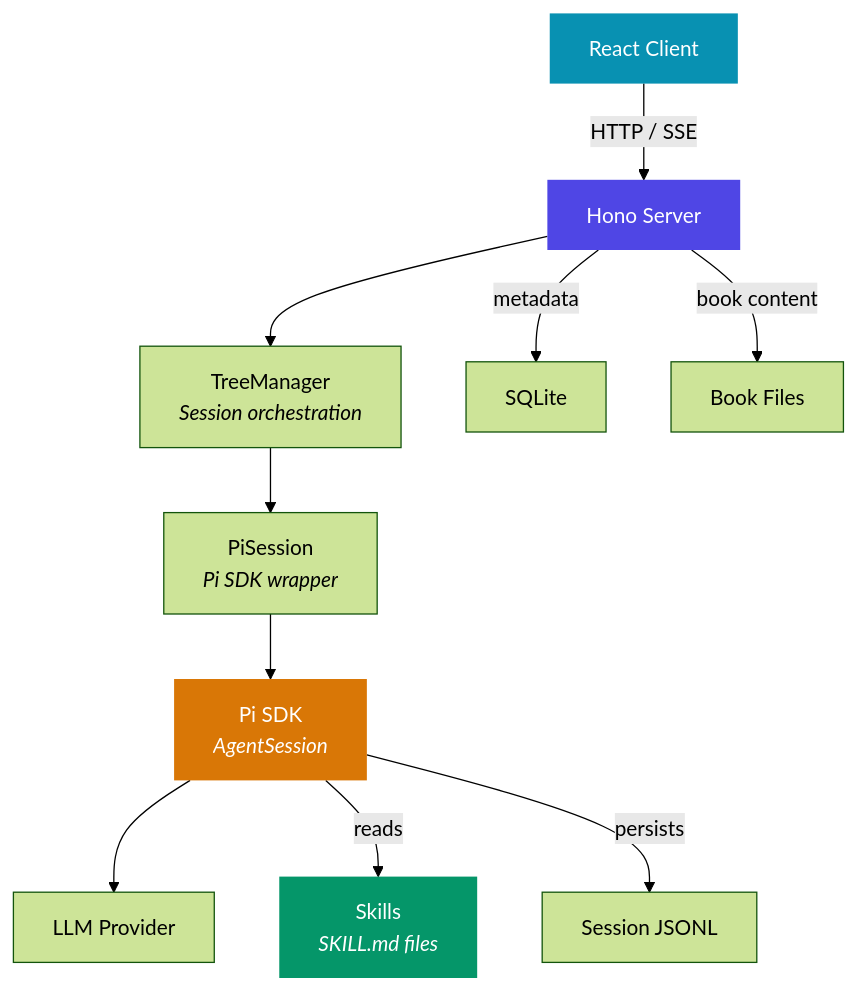
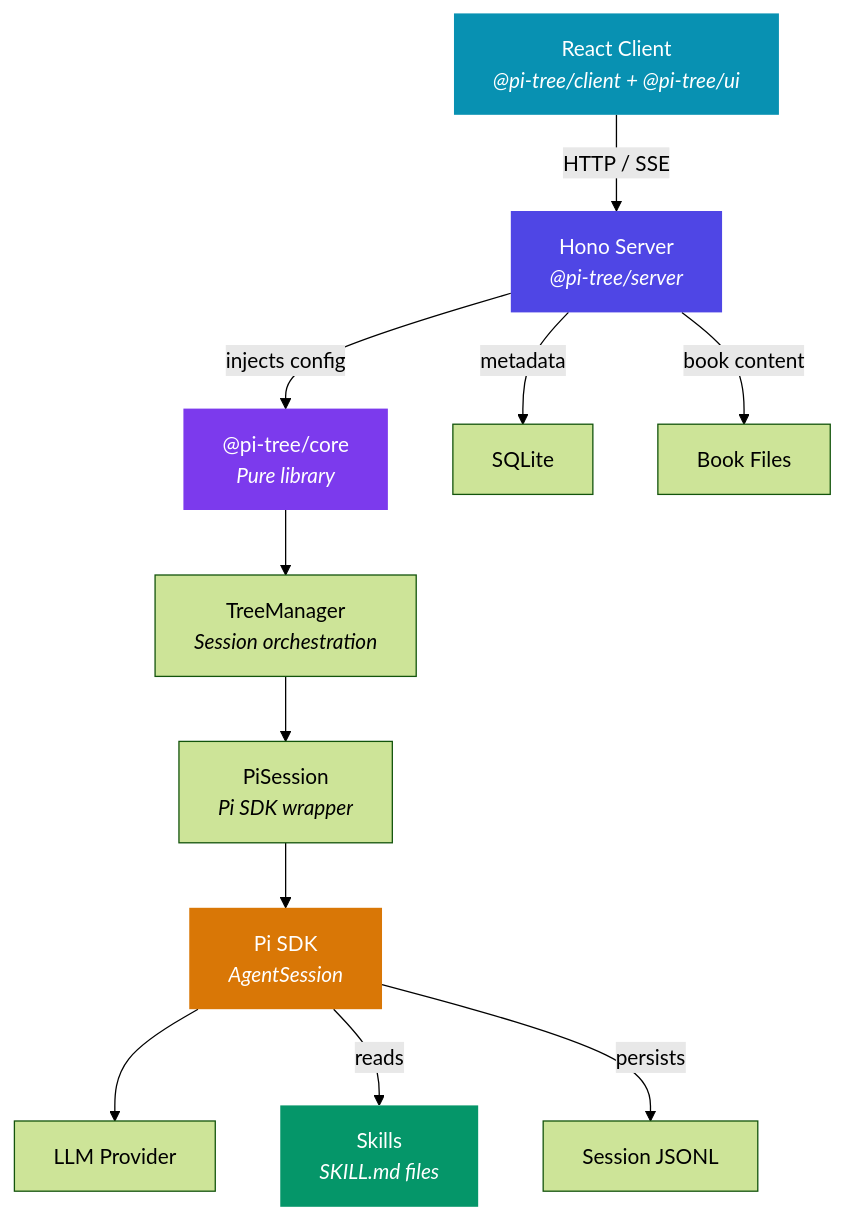
One commit to shuowu/pi-tree changed the first of 2 diagrams in docs/ARCHITECTURE.md. Above: the diagram before and after it, drawn with Mermaid (forest theme). The commit also changed other lines of this file and 56 other files, not shown here.

````diff
--- a/docs/ARCHITECTURE.md
+++ b/docs/ARCHITECTURE.md
@@ -7,20 +7,22 @@
 ```mermaid
 graph TD
-    Client["React Client"] -->|HTTP / SSE| Server["Hono Server"]
+    Client["React Client<br/><i>@pi-tree/client + @pi-tree/ui</i>"] -->|HTTP / SSE| Server["Hono Server<br/><i>@pi-tree/server</i>"]
     
-    Server --> TM["TreeManager<br/><i>Session orchestration</i>"]
+    Server -->|injects config| Core["@pi-tree/core<br/><i>Pure library</i>"]
+    Core --> TM["TreeManager<br/><i>Session orchestration</i>"]
     TM --> PS["PiSession<br/><i>Pi SDK wrapper</i>"]
     
     PS --> SDK["Pi SDK<br/><i>AgentSession</i>"]
     SDK --> LLM["LLM Provider"]
     SDK -->|reads| Skills["Skills<br/><i>SKILL.md files</i>"]
     SDK -->|persists| JSONL["Session JSONL"]
     
     Server -->|metadata| DB["SQLite"]
     Server -->|book content| Books["Book Files"]
 
     style Client fill:#0891b2,color:#fff,stroke:none
     style Server fill:#4f46e5,color:#fff,stroke:none
+    style Core fill:#7c3aed,color:#fff,stroke:none
     style SDK fill:#d97706,color:#fff,stroke:none
     style Skills fill:#059669,color:#fff,stroke:none
 ```
````
